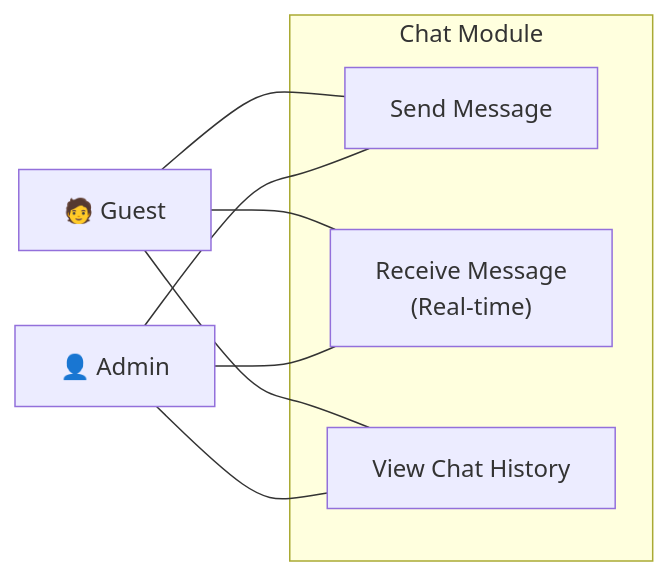
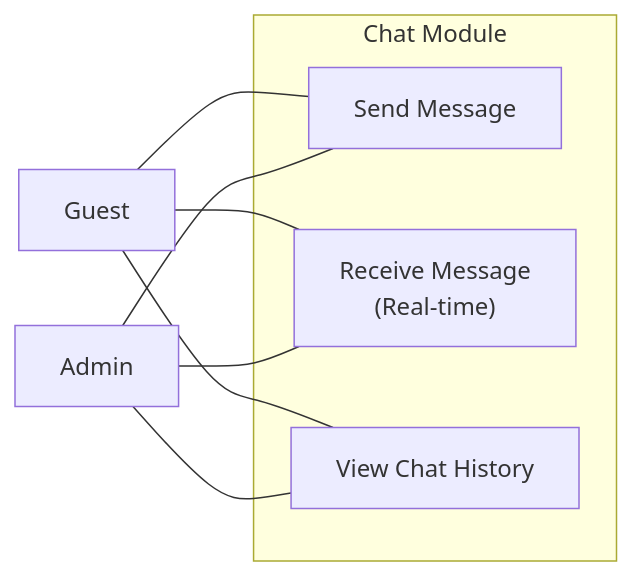
Before and after one commit to aisyahumairah/HomeLodge-Doc: the seventh of 12 diagrams in docs/dev/USE_CASE_DIAGRAMS.md, drawn with Mermaid. The commit also changed other lines of this file and 3 other files, not shown here.

````diff
--- a/docs/dev/USE_CASE_DIAGRAMS.md
+++ b/docs/dev/USE_CASE_DIAGRAMS.md
@@ -273,19 +314,19 @@
 ```mermaid
 flowchart LR
-    Guest["🧑 Guest"]
-    Admin["👤 Admin"]
+    Guest["Guest"]
+    Admin["Admin"]
 
     subgraph Chat Module
         UC1["Send Message"]
         UC2["Receive Message\n(Real-time)"]
         UC3["View Chat History"]
     end
 
     Guest --- UC1
     Guest --- UC2
     Guest --- UC3
 
     Admin --- UC1
     Admin --- UC2
     Admin --- UC3
 ```
````
